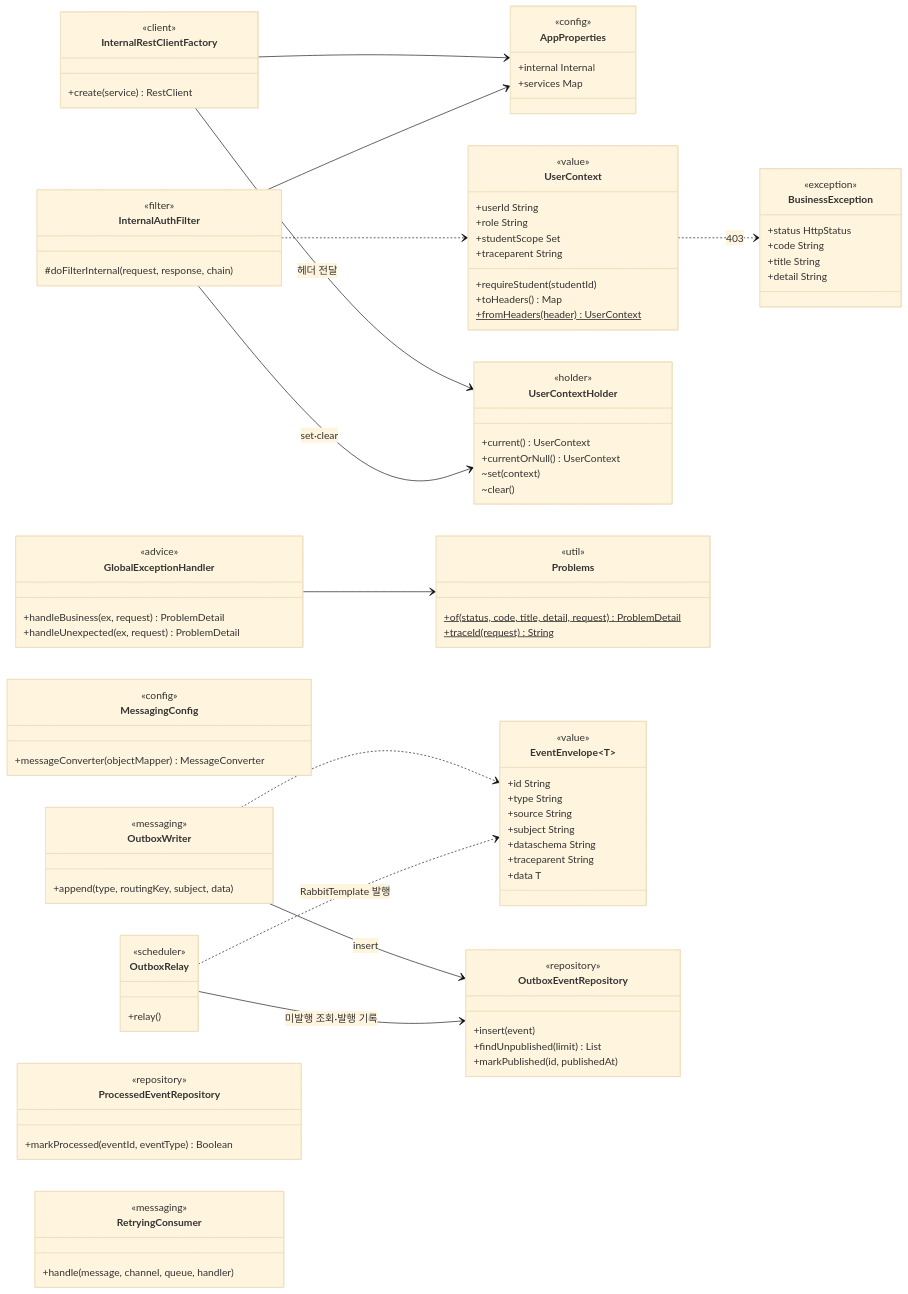
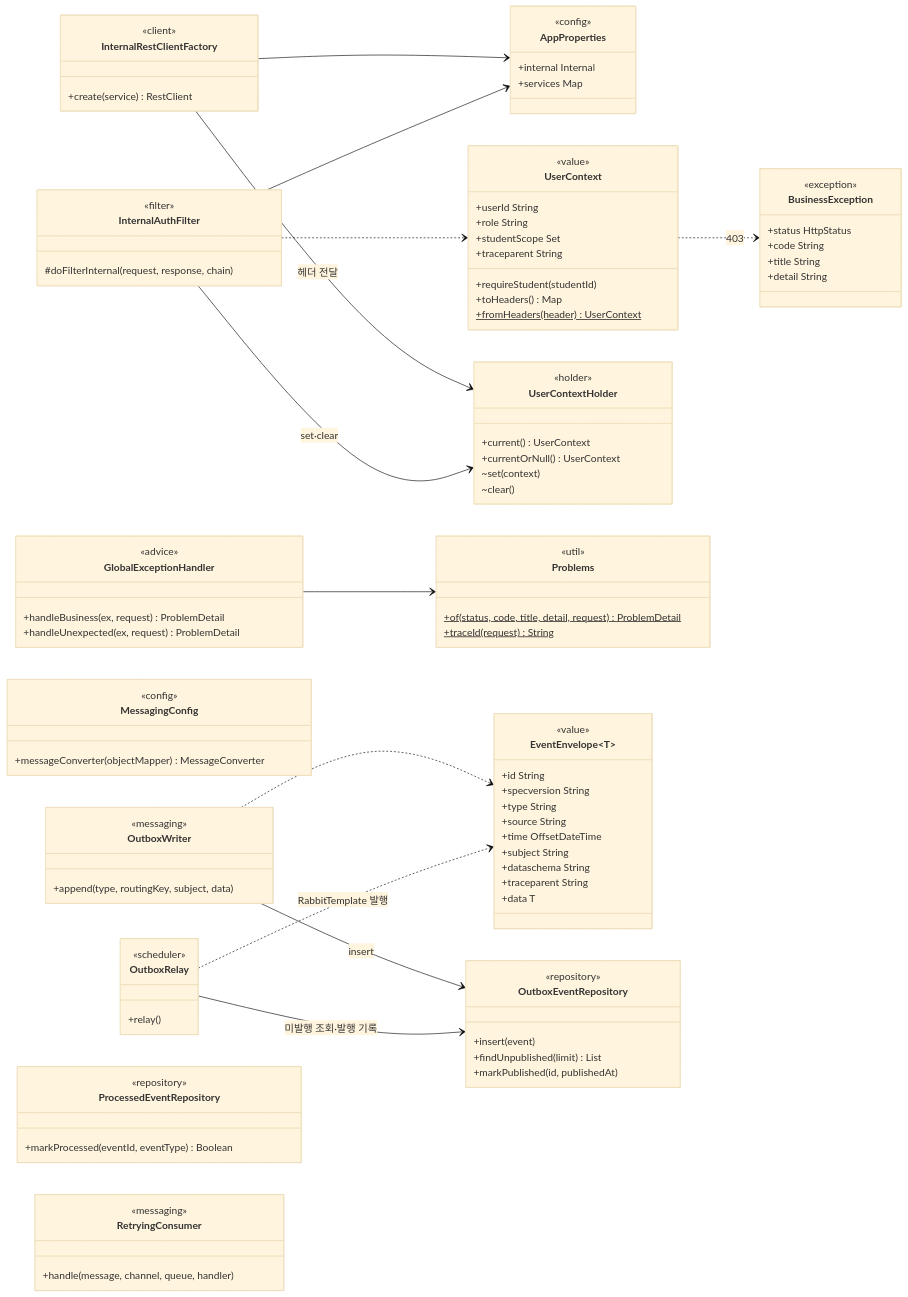
Before and after one commit to SKNETWORKS-FAMILY-AICAMP/SKN34-FINAL-3TEAM: the first of 15 diagrams in docs/design/class-diagram.md, drawn with Mermaid (base theme). The commit also changed other lines of this file and 8 other files, not shown here.

```diff
--- a/docs/design/class-diagram.md
+++ b/docs/design/class-diagram.md
@@ -80,8 +80,10 @@
   class EventEnvelope~T~ {
     <<value>>
     +id String
+    +specversion String
     +type String
     +source String
+    +time OffsetDateTime
     +subject String
     +dataschema String
     +traceparent String
```
